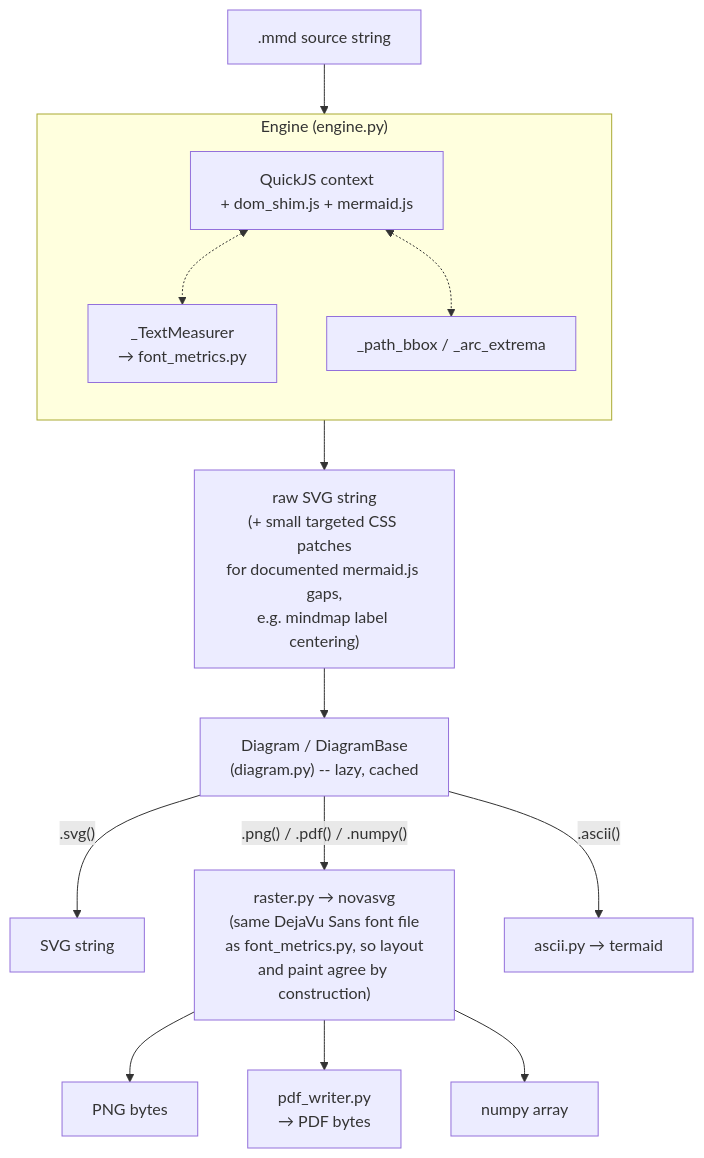
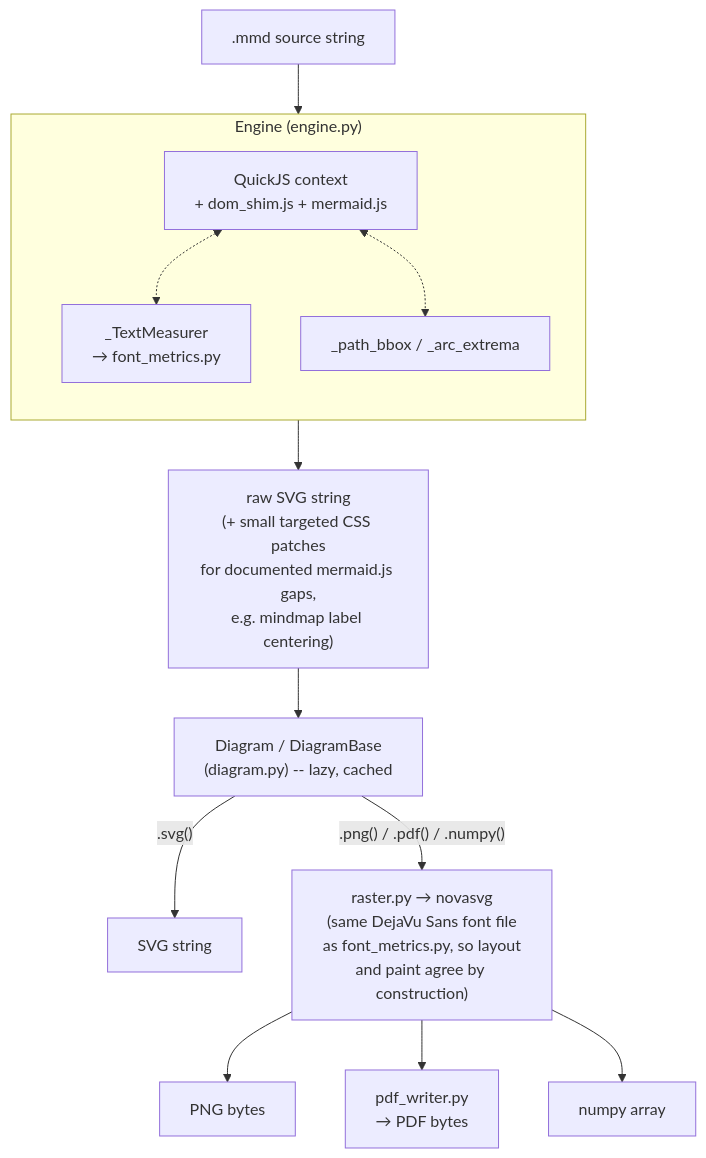
One commit to MohammadRaziei/mermaidx changed the sixth of 6 diagrams in architecture.md. Above: the diagram before and after it, drawn with Mermaid. The commit also changed other lines of this file and 13 other files, not shown here.

First line of the commit message:
feat: remove ASCII output and drop termaid dependency

````diff
--- a/architecture.md
+++ b/architecture.md
@@ -248,20 +248,19 @@
 ```mermaid
 flowchart TD
     MMD[".mmd source string"] --> ENGINE
     subgraph ENGINE["Engine (engine.py)"]
         direction TB
         E1["QuickJS context\n+ dom_shim.js + mermaid.js"]
         E2["_TextMeasurer\n→ font_metrics.py"]
         E3["_path_bbox / _arc_extrema"]
         E1 <-.-> E2
         E1 <-.-> E3
     end
     ENGINE --> SVGSTR["raw SVG string\n(+ small targeted CSS patches\nfor documented mermaid.js gaps,\ne.g. mindmap label centering)"]
     SVGSTR --> DIAG["Diagram / DiagramBase\n(diagram.py) -- lazy, cached"]
     DIAG -->|".svg()"| SVGOUT["SVG string"]
     DIAG -->|".png() / .pdf() / .numpy()"| RASTER["raster.py → novasvg\n(same DejaVu Sans font file\nas font_metrics.py, so layout\nand paint agree by construction)"]
-    DIAG -->|".ascii()"| ASCII["ascii.py → termaid"]
     RASTER --> PNGOUT["PNG bytes"]
     RASTER --> PDFOUT["pdf_writer.py\n→ PDF bytes"]
     RASTER --> NPOUT["numpy array"]
 ```
````
